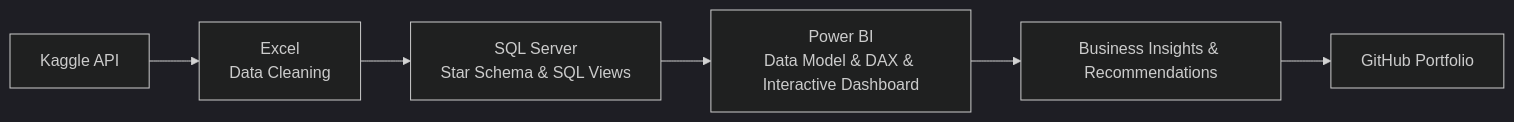
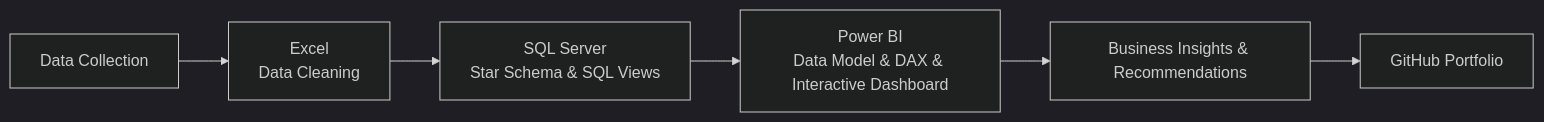
The diagram in README.md (trananh662005-dotcom/retail-market-basket-analysis), drawn with Mermaid (dark theme) before and after one commit.

Commit message:
Update workflow diagram from 'Kaggle API' to 'Data Collection'

````diff
--- a/README.md
+++ b/README.md
@@ -119,8 +119,8 @@
 ```mermaid
 flowchart LR
-    A[Kaggle API] --> B[Excel<br/>Data Cleaning]
+    A[Data Collection] --> B[Excel<br/>Data Cleaning]
     B --> C[SQL Server<br/>Star Schema & SQL Views]
     C --> D[Power BI<br/>Data Model & DAX & Interactive Dashboard]
     D --> E[Business Insights & Recommendations]
     E --> F[GitHub Portfolio]
 ```
````
